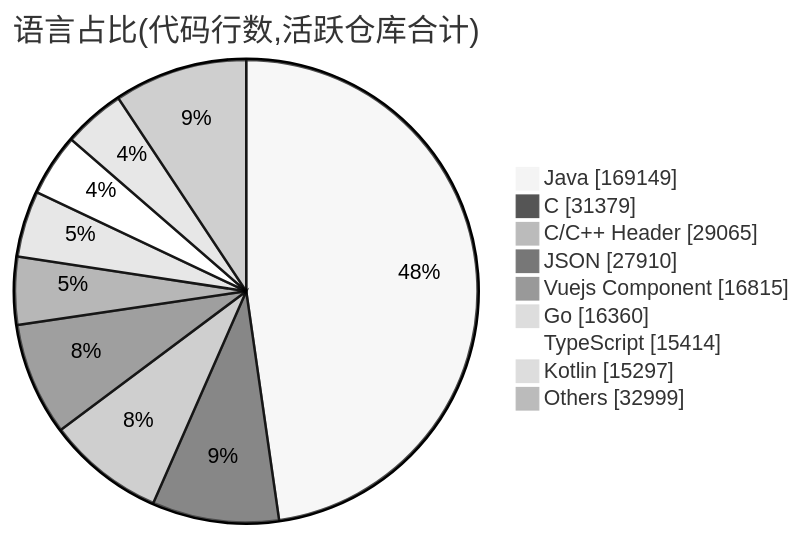
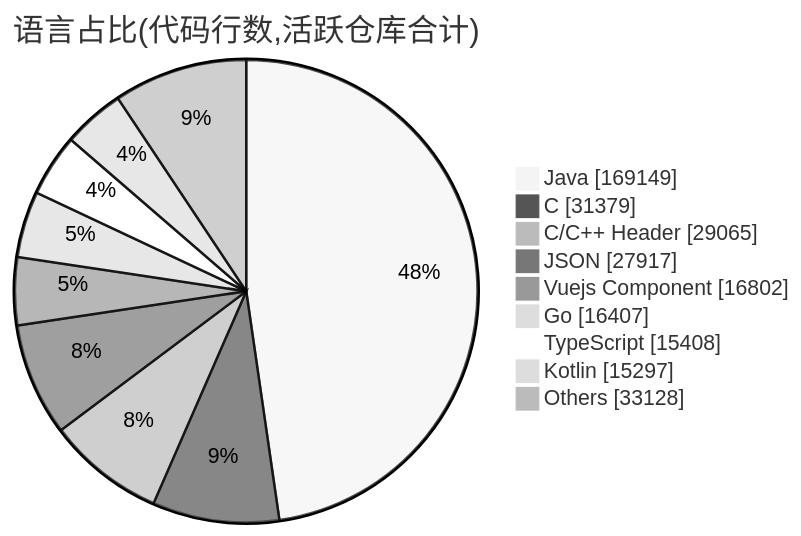
The second of 2 diagrams in profile/README.md (Conflux-Union/.github), drawn with Mermaid (neutral theme) before and after one commit. The commit also changed other lines of this file and 1 other file, not shown here.

````diff
--- a/profile/README.md
+++ b/profile/README.md
@@ -78,13 +78,13 @@
 ```mermaid
 pie showData
     title 语言占比(代码行数,活跃仓库合计)
     "Java" : 169149
     "C" : 31379
     "C/C++ Header" : 29065
-    "JSON" : 27910
-    "Vuejs Component" : 16815
-    "Go" : 16360
-    "TypeScript" : 15414
+    "JSON" : 27917
+    "Vuejs Component" : 16802
+    "Go" : 16407
+    "TypeScript" : 15408
     "Kotlin" : 15297
-    "Others" : 32999
+    "Others" : 33128
 ```
````
